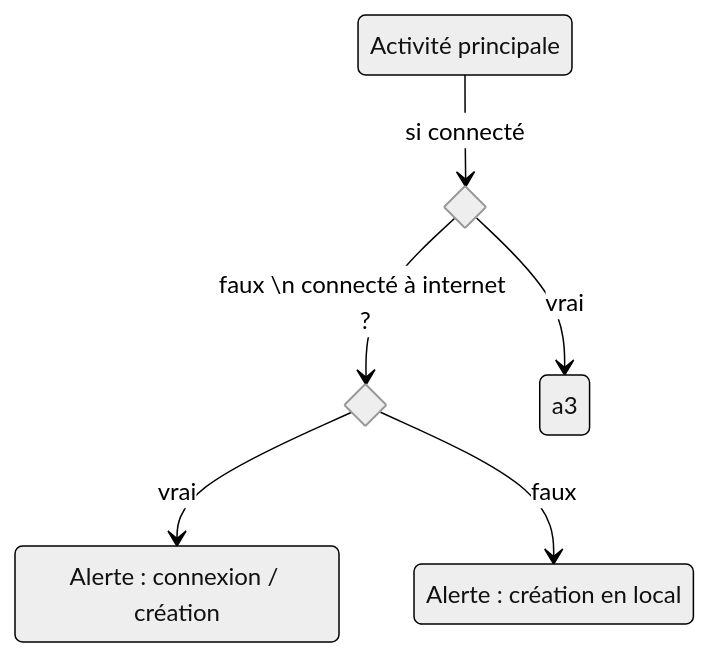
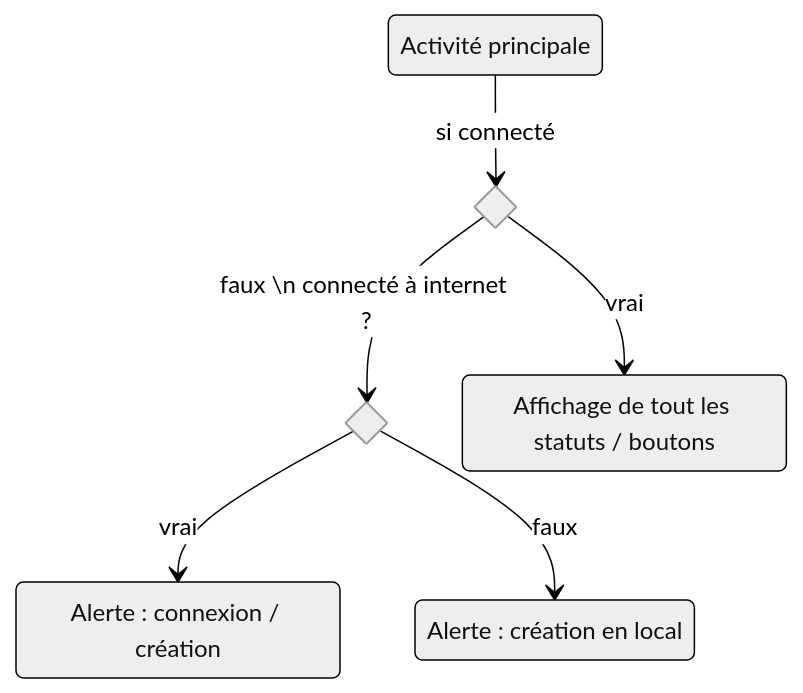
Before and after one commit to D3Rnatch/MyWallet: the diagram in README.md, drawn with Mermaid (neutral theme). The commit also changed other lines of this file, not shown here.

````diff
--- a/README.md
+++ b/README.md
@@ -121,15 +123,15 @@
 ```mermaid
    stateDiagram-v2
 state "Activité principale" as a1
 state if1 <<choice>>
 state if2 <<choice>>
 a1-->if1 : si connecté
 if1-->a3 : vrai
 if1-->if2 : faux \n connecté à internet ?
 if2-->a2 : vrai
 if2-->a4 : faux
 state "Alerte : connexion / création" as a2
 state "Alerte : création en local" as a4
-   
+state "Affichage de tout les statuts / boutons" as a3   
    
 ```
````
